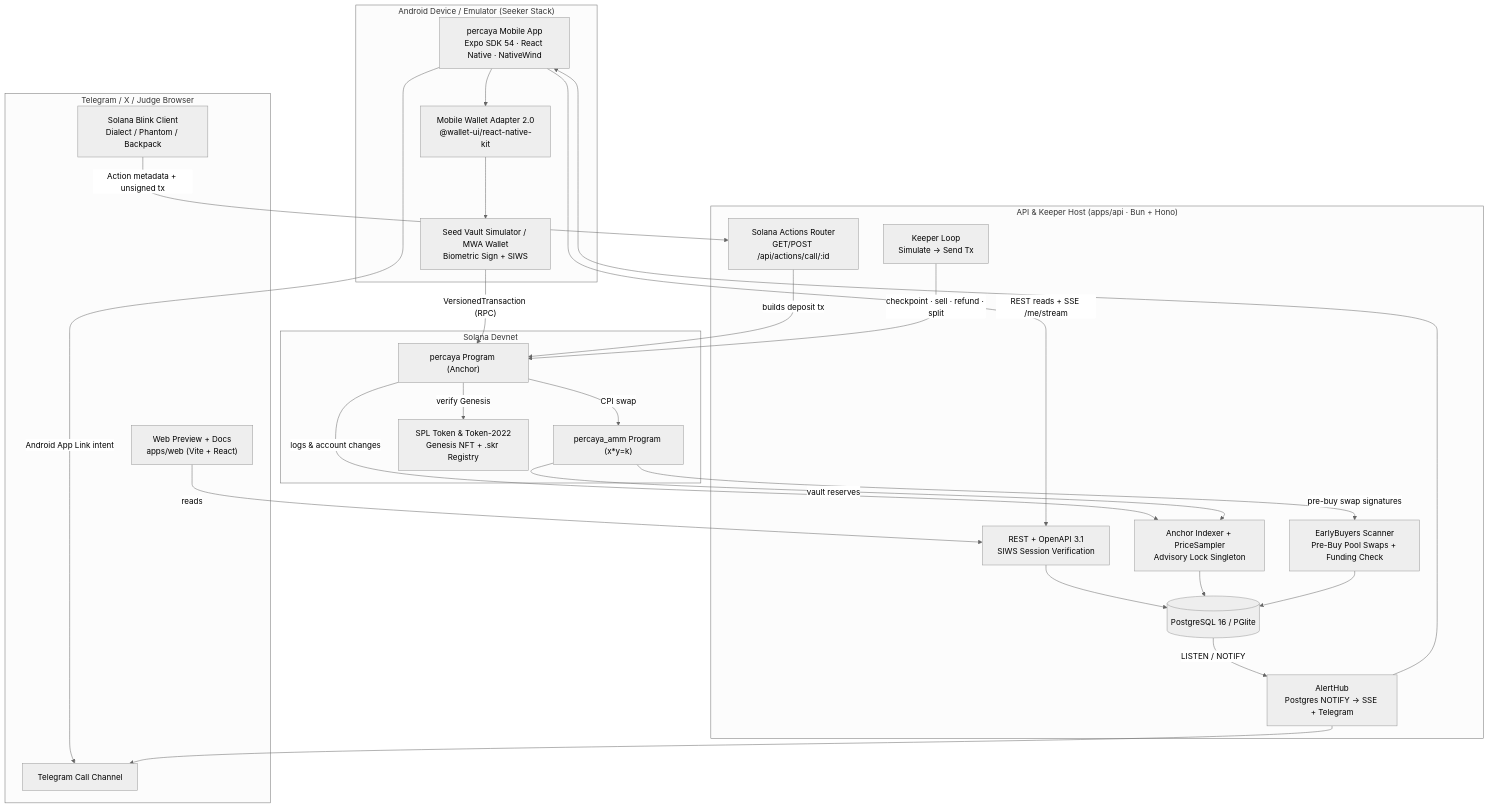
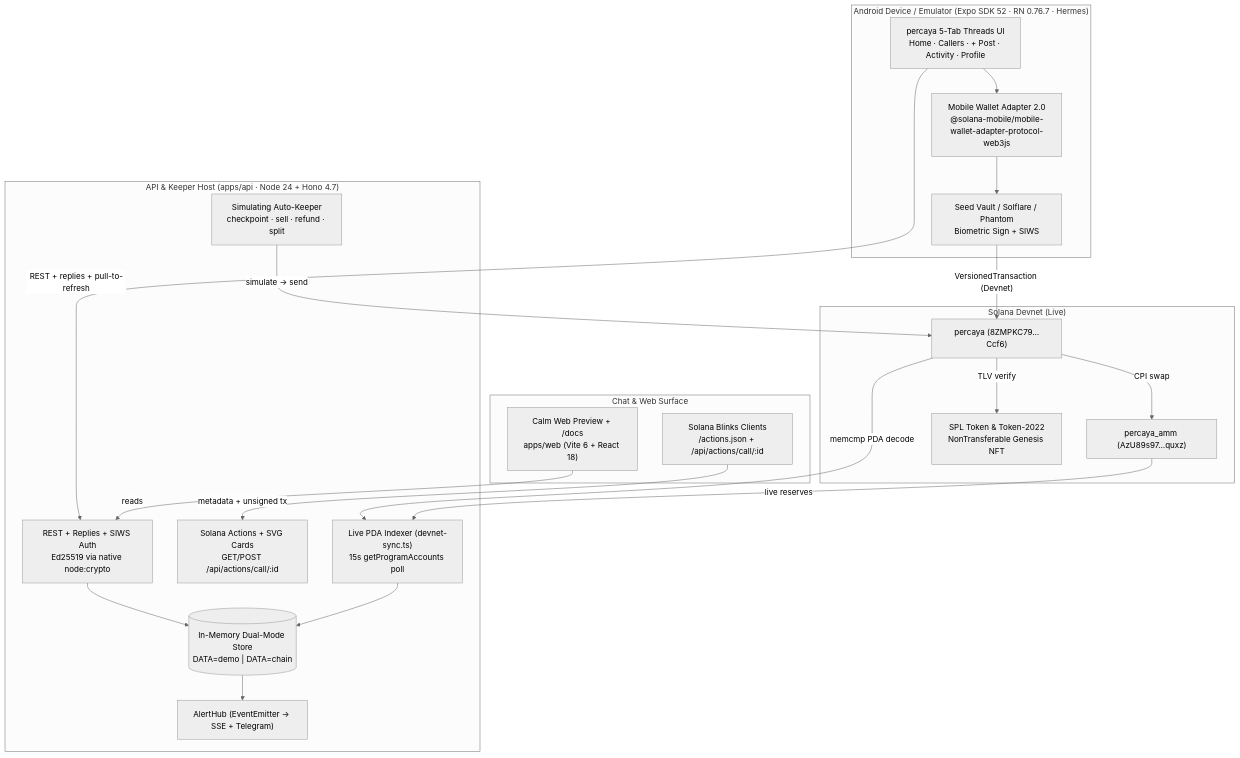
Before and after one commit to rebelchain/percaya: the diagram in docs/architecture.md, drawn with Mermaid (neutral theme). The commit also changed other lines of this file and 6 other files, not shown here.

Commit message:
docs: sync all docs with actual stack, live Devnet receipts, security review & demo runbook

````diff
--- a/docs/architecture.md
+++ b/docs/architecture.md
@@ -9,50 +9,42 @@
 ```mermaid
 flowchart TB
-    subgraph Android["Android Device / Emulator (Seeker Stack)"]
-        App["percaya Mobile App<br/>Expo SDK 54 · React Native · NativeWind"]
-        MWA["Mobile Wallet Adapter 2.0<br/>@wallet-ui/react-native-kit"]
-        SV["Seed Vault Simulator / MWA Wallet<br/>Biometric Sign + SIWS"]
-        App --> MWA --> SV
+    subgraph Android["Android Device / Emulator (Expo SDK 52 · RN 0.76.7 · Hermes)"]
+        App["percaya 5-Tab Threads UI<br/>Home · Callers · + Post · Activity · Profile"]
+        MWA["Mobile Wallet Adapter 2.0<br/>@solana-mobile/mobile-wallet-adapter-protocol-web3js"]
+        Wallet["Seed Vault / Solflare / Phantom<br/>Biometric Sign + SIWS"]
+        App --> MWA --> Wallet
     end
 
-    subgraph Chat["Telegram / X / Judge Browser"]
-        TG["Telegram Call Channel"]
-        Web["Web Preview + Docs<br/>apps/web (Vite + React)"]
-        Blink["Solana Blink Client<br/>Dialect / Phantom / Backpack"]
+    subgraph Web["Chat & Web Surface"]
+        WebApp["Calm Web Preview + /docs<br/>apps/web (Vite 6 + React 18)"]
+        Blink["Solana Blinks Clients<br/>/actions.json + /api/actions/call/:id"]
     end
 
-    subgraph API["API & Keeper Host (apps/api · Bun + Hono)"]
-        HTTP["REST + OpenAPI 3.1<br/>SIWS Session Verification"]
-        Act["Solana Actions Router<br/>GET/POST /api/actions/call/:id"]
-        Idx["Anchor Indexer + PriceSampler<br/>Advisory Lock Singleton"]
-        Kpr["Keeper Loop<br/>Simulate -> Send Tx"]
-        Scan["EarlyBuyers Scanner<br/>Pre-Buy Pool Swaps + Funding Check"]
-        SSE["AlertHub<br/>Postgres NOTIFY -> SSE + Telegram"]
-        DB[("PostgreSQL 16 / PGlite")]
+    subgraph API["API & Keeper Host (apps/api · Node 24 + Hono 4.7)"]
+        HTTP["REST + Replies + SIWS Auth<br/>Ed25519 via native node:crypto"]
+        Act["Solana Actions + SVG Cards<br/>GET/POST /api/actions/call/:id"]
+        Sync["Live PDA Indexer (devnet-sync.ts)<br/>15s getProgramAccounts poll"]
+        Kpr["Simulating Auto-Keeper<br/>checkpoint · sell · refund · split"]
+        SSE["AlertHub (EventEmitter -> SSE + Telegram)"]
+        Store[("In-Memory Dual-Mode Store<br/>DATA=demo | DATA=chain")]
     end
 
-    subgraph Chain["Solana Devnet"]
-        Prog["percaya Program (Anchor)"]
-        AMM["percaya_amm Program (x*y=k)"]
-        T22["SPL Token & Token-2022<br/>Genesis NFT + .skr Registry"]
+    subgraph Chain["Solana Devnet (Live)"]
+        Prog["percaya (8ZMPKC79…Ccf6)"]
+        AMM["percaya_amm (AzU89s97…quxz)"]
+        T22["SPL Token & Token-2022<br/>NonTransferable Genesis NFT"]
     end
 
-    App -- "REST reads + SSE /me/stream" --> HTTP
-    App -- "Android App Link intent" --> TG
-    SV -- "VersionedTransaction (RPC)" --> Prog
-    Web -- "reads" --> HTTP
-    Blink -- "Action metadata + unsigned tx" --> Act
-    HTTP --> DB
-    Act -- "builds deposit tx" --> Prog
-    Prog -- "logs & account changes" --> Idx
-    AMM -- "vault reserves" --> Idx
-    AMM -- "pre-buy swap signatures" --> Scan
-    Idx --> DB
-    Scan --> DB
-    DB -- "LISTEN / NOTIFY" --> SSE
-    SSE --> TG
-    SSE --> App
-    Kpr -- "checkpoint · sell · refund · split" --> Prog
+    App -- "REST + replies + pull-to-refresh" --> HTTP
+    Wallet -- "VersionedTransaction (Devnet)" --> Prog
+    WebApp -- "reads" --> HTTP
+    Blink -- "metadata + unsigned tx" --> Act
+    HTTP --> Store
+    Sync --> Store
+    Store --> SSE
+    Prog -- "memcmp PDA decode" --> Sync
+    AMM -- "live reserves" --> Sync
+    Kpr -- "simulate -> send" --> Prog
     Prog -- "CPI swap" --> AMM
-    Prog -- "verify Genesis" --> T22
+    Prog -- "TLV verify" --> T22
 ```
````
